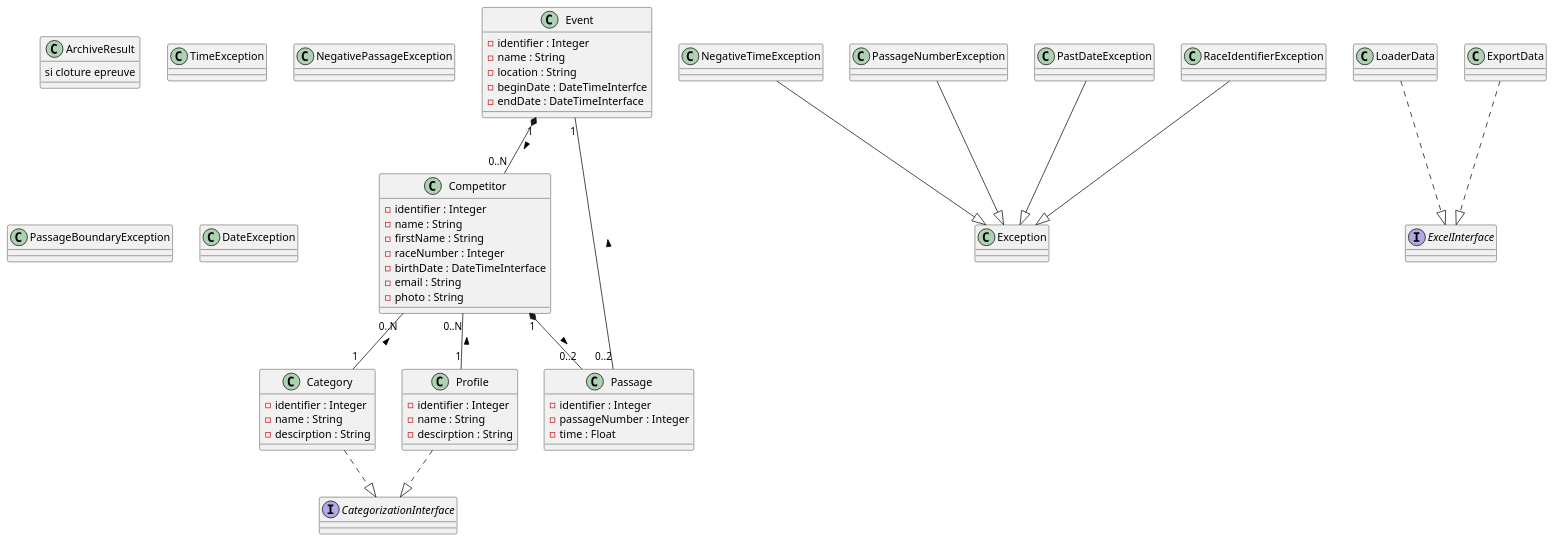
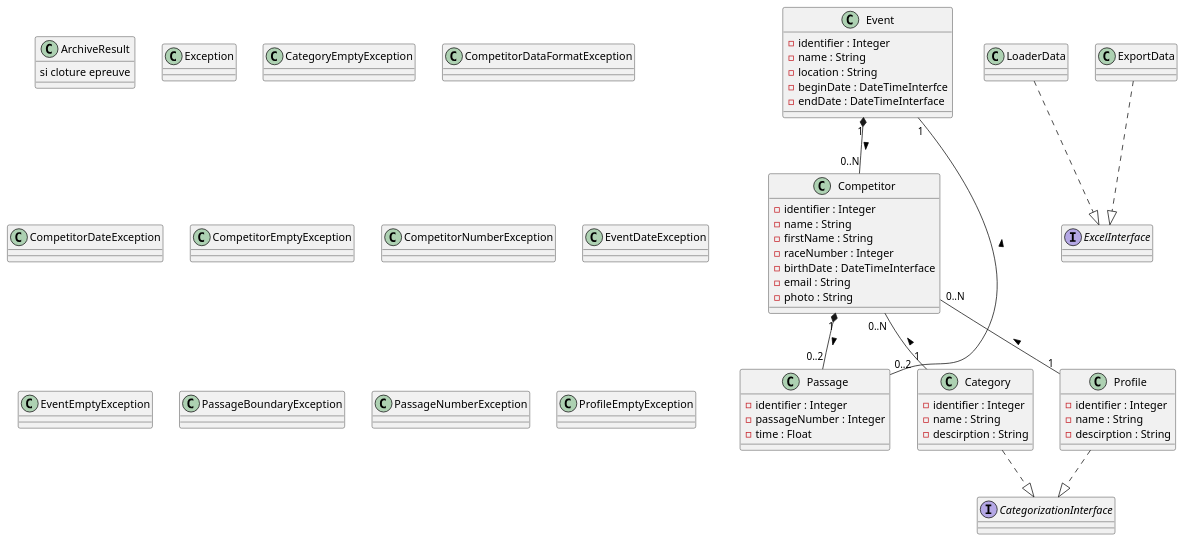
The diagram in Diagramme_de_classe.puml (Romain597/ski-championship), drawn with PlantUML before and after one commit. The commit also changed 20 other files, not shown here.

```diff
--- a/Diagramme_de_classe.puml
+++ b/Diagramme_de_classe.puml
@@ -1,60 +1,60 @@
 @startuml skicuplogitud
 Event "1" *-- "0..N" Competitor : >
 Competitor "1" *-- "0..2" Passage : >
 Competitor "0..N" -- "1" Category : <
 Competitor "0..N" -- "1" Profile : <
 Passage "0..2" -- "1" Event : >
 Category ..|> CategorizationInterface
 Profile ..|> CategorizationInterface
-NegativeTimeException --|> Exception
-PassageNumberException --|> Exception
-PastDateException --|> Exception
-RaceIdentifierException --|> Exception
 LoaderData ..|> ExcelInterface
 ExportData ..|> ExcelInterface
 class Event {
     -identifier : Integer
     -name : String
     -location : String
     -beginDate : DateTimeInterfce
     -endDate : DateTimeInterface
 }
 class Competitor {
     -identifier : Integer
     -name : String
     -firstName : String
     -raceNumber : Integer
     -birthDate : DateTimeInterface
     -email : String
     -photo : String
 }
 class Category {
     -identifier : Integer
     -name : String
     -descirption : String
 }
 class Profile {
     -identifier : Integer
     -name : String
     -descirption : String
 }
 class Passage {
     -identifier : Integer
     -passageNumber : Integer
     -time : Float
 }
 class ArchiveResult {
     si cloture epreuve
 }
 class Exception
-class NegativeTimeException
-class TimeException
-class NegativePassageException
+class CategoryEmptyException
+class CompetitorDataFormatException
+class CompetitorDateException
+class CompetitorEmptyException
+class CompetitorNumberException
+class EventDateException
+class EventEmptyException
 class PassageBoundaryException
-class PastDateException
-class DateException
+class PassageNumberException
+class ProfileEmptyException
 class LoaderData
 class ExportData
 interface ExcelInterface
 interface CategorizationInterface
 @enduml
```
